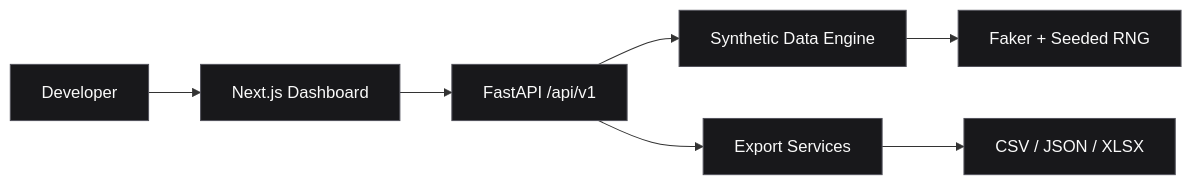
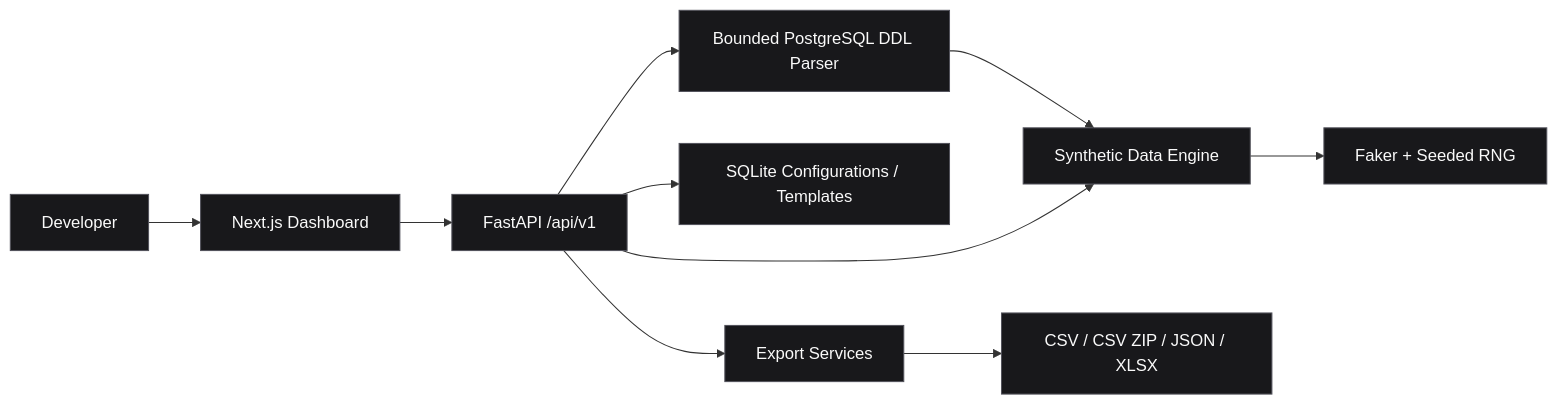
Before and after one commit to SPATIBAIII/alza-devkit: the diagram in README.md, drawn with Mermaid. The commit also changed other lines of this file and 4 other files, not shown here.

Commit message:
release: finalize database schema importer v0.3.0

````diff
--- a/README.md
+++ b/README.md
@@ -76,11 +78,14 @@
 ```mermaid
 flowchart LR
     U["Developer"] --> W["Next.js Dashboard"]
     W --> A["FastAPI /api/v1"]
-    A --> G["Synthetic Data Engine"]
+    A --> P["Bounded PostgreSQL DDL Parser"]
+    P --> G["Synthetic Data Engine"]
+    A --> G
     G --> F["Faker + Seeded RNG"]
+    A --> S["SQLite Configurations / Templates"]
     A --> E["Export Services"]
-    E --> O["CSV / JSON / XLSX"]
+    E --> O["CSV / CSV ZIP / JSON / XLSX"]
     classDef surface fill:#18181b,stroke:#52525b,color:#fafafa
-    class U,W,A,G,F,E,O surface
+    class U,W,A,P,G,F,S,E,O surface
 ```
````
